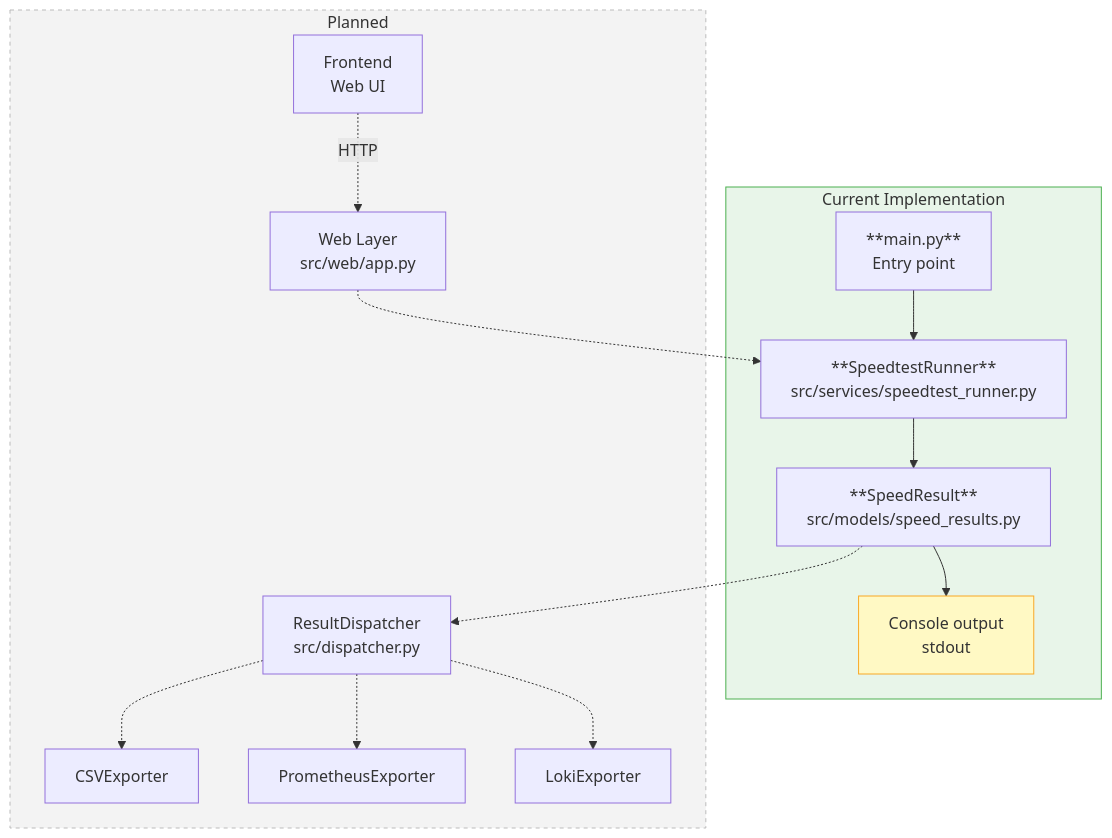
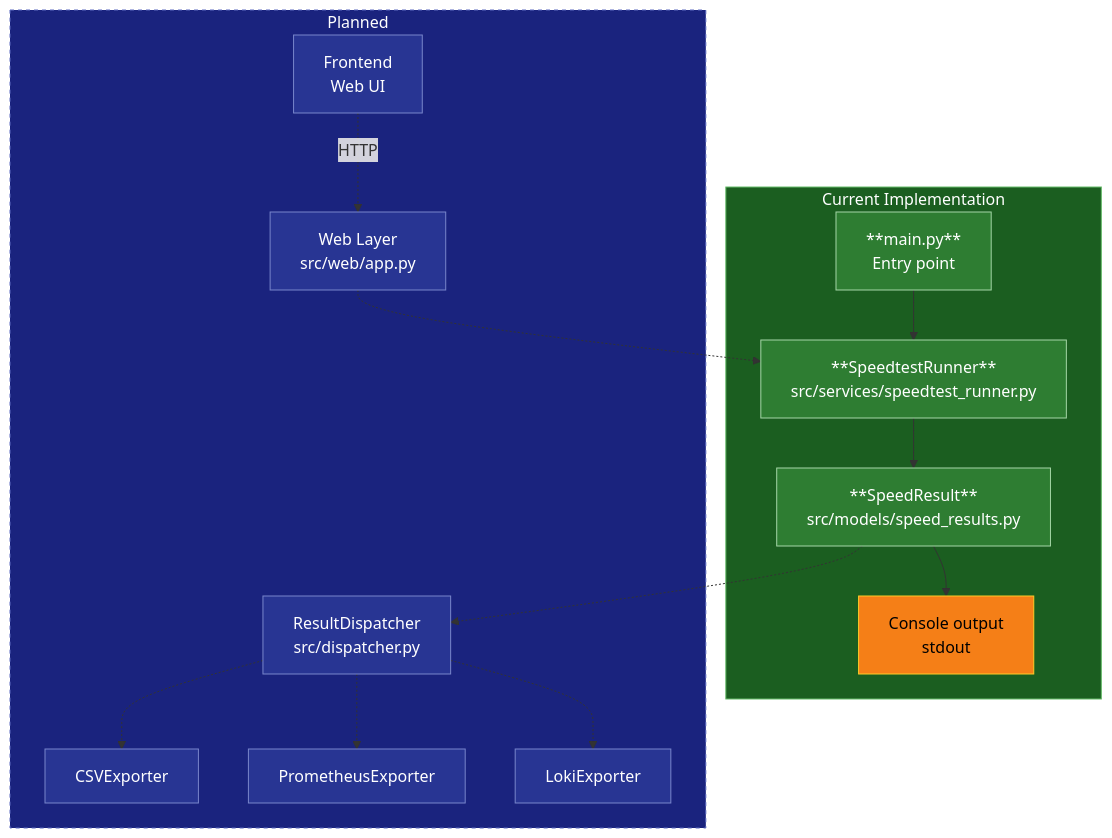
Before and after one commit to fabell4/Hermes: the diagram in README.md, drawn with Mermaid.

Commit message:
updating chart colors

````diff
--- a/README.md
+++ b/README.md
@@ -11,33 +11,42 @@
 ```mermaid
 flowchart TD
     subgraph current["Current Implementation"]
         MAIN["**main.py**\nEntry point"]
         RUNNER["**SpeedtestRunner**\nsrc/services/speedtest_runner.py"]
         MODEL["**SpeedResult**\nsrc/models/speed_results.py"]
         STDOUT["Console output\nstdout"]
     end
 
     subgraph planned["Planned"]
         UI["Frontend\nWeb UI"]
         WEB["Web Layer\nsrc/web/app.py"]
         DISP["ResultDispatcher\nsrc/dispatcher.py"]
         CSV["CSVExporter"]
         PROM["PrometheusExporter"]
         LOKI["LokiExporter"]
     end
 
     MAIN --> RUNNER
     RUNNER --> MODEL
     MODEL --> STDOUT
 
     UI -. "HTTP" .-> WEB
     WEB -. " " .-> RUNNER
     MODEL -. " " .-> DISP
     DISP -. " " .-> CSV
     DISP -. " " .-> PROM
     DISP -. " " .-> LOKI
 
-    style current fill:#e8f5e9,stroke:#4caf50
-    style planned fill:#f3f3f3,stroke:#bbb,stroke-dasharray: 4 4
-    style STDOUT fill:#fff9c4,stroke:#f9a825
+    style current fill:#1b5e20,stroke:#66bb6a,color:#ffffff
+    style planned fill:#1a237e,stroke:#5c6bc0,color:#ffffff,stroke-dasharray: 4 4
+    style MAIN fill:#2e7d32,stroke:#a5d6a7,color:#ffffff
+    style RUNNER fill:#2e7d32,stroke:#a5d6a7,color:#ffffff
+    style MODEL fill:#2e7d32,stroke:#a5d6a7,color:#ffffff
+    style STDOUT fill:#f57f17,stroke:#ffca28,color:#000000
+    style UI fill:#283593,stroke:#7986cb,color:#ffffff
+    style WEB fill:#283593,stroke:#7986cb,color:#ffffff
+    style DISP fill:#283593,stroke:#7986cb,color:#ffffff
+    style CSV fill:#283593,stroke:#7986cb,color:#ffffff
+    style PROM fill:#283593,stroke:#7986cb,color:#ffffff
+    style LOKI fill:#283593,stroke:#7986cb,color:#ffffff
 ```
````
